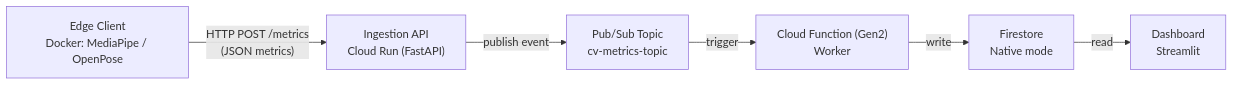
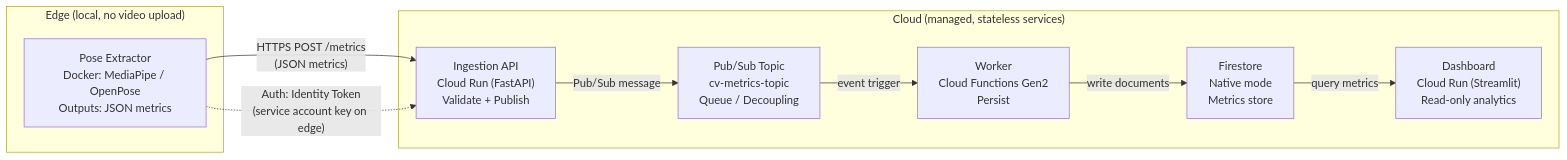
One commit to chri-gassner/CLC_Group_Project changed the diagram in README_V2.md. Above: the diagram before and after it, drawn with Mermaid.

Commit message:
Enhance flowchart with Edge and Cloud subgraphs
Added detailed subgraphs for Edge and Cloud components in the flowchart.

````diff
--- a/README_V2.md
+++ b/README_V2.md
@@ -61,8 +61,22 @@
 ```mermaid
 flowchart LR
-  A["Edge Client<br/>Docker: MediaPipe / OpenPose"] -->|"HTTP POST /metrics<br/>(JSON metrics)"| B["Ingestion API<br/>Cloud Run (FastAPI)"]
-  B -->|"publish event"| C["Pub/Sub Topic<br/>cv-metrics-topic"]
-  C -->|"trigger"| D["Cloud Function (Gen2)<br/>Worker"]
-  D -->|"write"| E["Firestore<br/>Native mode"]
-  E -->|"read"| F["Dashboard<br/>Streamlit"]
+  subgraph EDGE["Edge (local, no video upload)"]
+    A["Pose Extractor<br/>Docker: MediaPipe / OpenPose<br/>Outputs: JSON metrics"]
+  end
+
+  subgraph CLOUD["Cloud (managed, stateless services)"]
+    B["Ingestion API<br/>Cloud Run (FastAPI)<br/>Validate + Publish"]
+    C["Pub/Sub Topic<br/>cv-metrics-topic<br/>Queue / Decoupling"]
+    D["Worker<br/>Cloud Functions Gen2<br/>Persist"]
+    E["Firestore<br/>Native mode<br/>Metrics store"]
+    F["Dashboard<br/>Cloud Run (Streamlit)<br/>Read-only analytics"]
+  end
+
+  A -->|"HTTPS POST /metrics<br/>(JSON metrics)"| B
+  B -->|"Pub/Sub message"| C
+  C -->|"event trigger"| D
+  D -->|"write documents"| E
+  E -->|"query metrics"| F
+
+  A -.->|"Auth: Identity Token<br/>(service account key on edge)"| B
 ```
````
